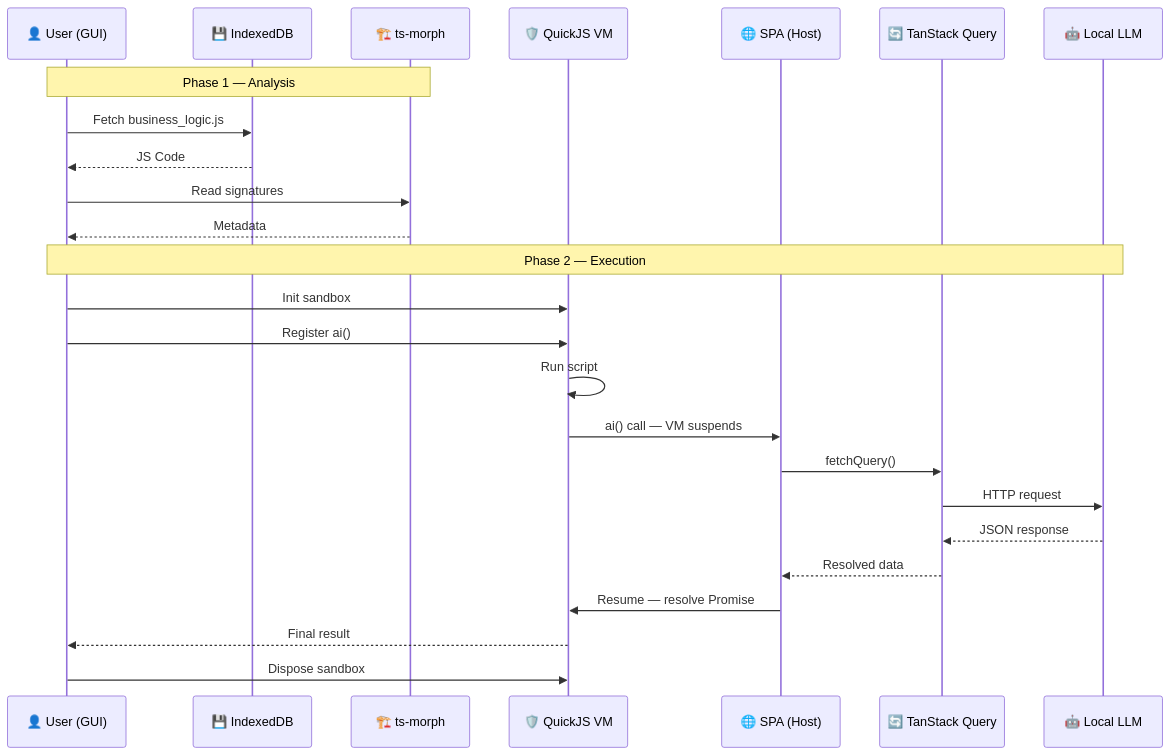
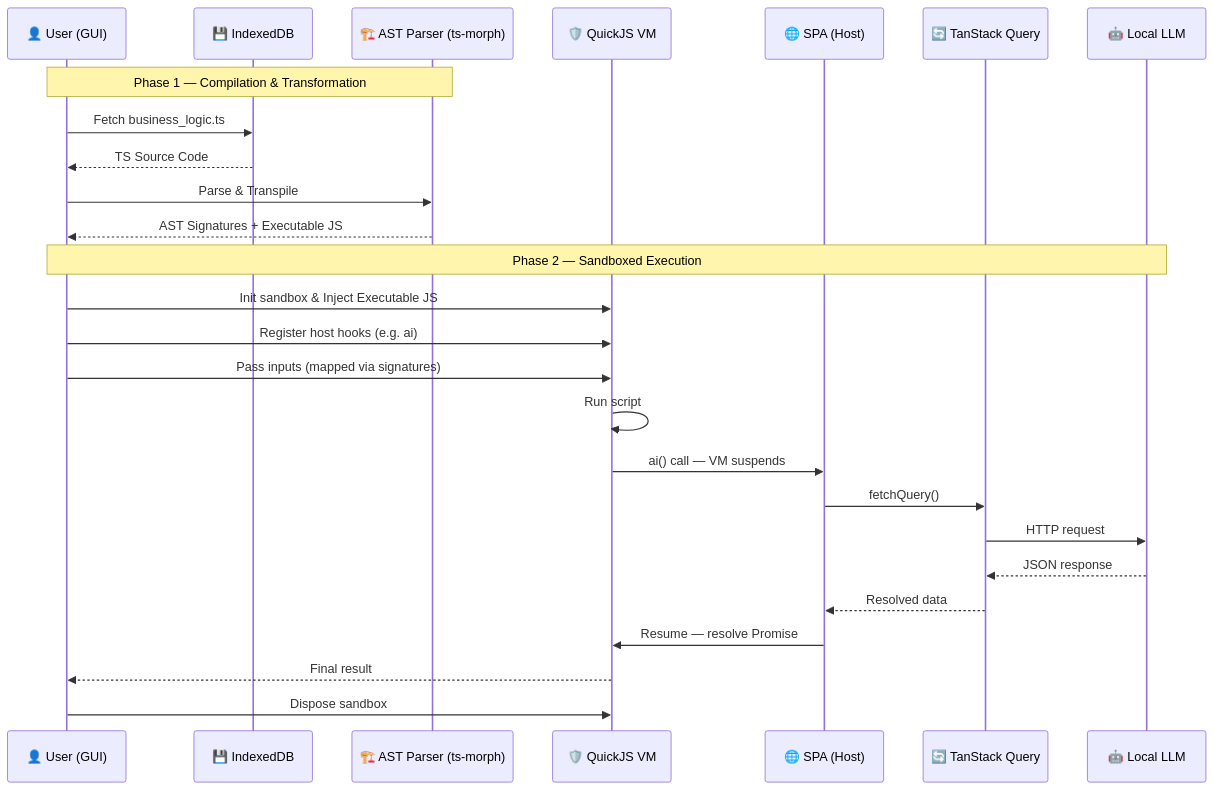
Before and after one commit to rimvydasb/open-modeler-ts: the first of 3 diagrams in docs/ARCHITECTURE.md, drawn with Mermaid. The commit also changed other lines of this file and 1 other file, not shown here.

Commit message:
refactor architecture documentation: clarify compilation and execution phases with updated diagrams and descriptions

````diff
--- a/docs/ARCHITECTURE.md
+++ b/docs/ARCHITECTURE.md
@@ -45,27 +45,28 @@
 ```mermaid
 sequenceDiagram
     participant User as 👤 User (GUI)
     participant IDB as 💾 IndexedDB
-    participant TSM as 🏗️ ts-morph
+    participant AST as 🏗️ AST Parser (ts-morph)
     participant QJS as 🛡️ QuickJS VM
     participant SPA as 🌐 SPA (Host)
     participant TSQ as 🔄 TanStack Query
     participant LLM as 🤖 Local LLM
-    Note over User, TSM: Phase 1 — Analysis
-    User ->> IDB: Fetch business_logic.js
-    IDB -->> User: JS Code
-    User ->> TSM: Read signatures
-    TSM -->> User: Metadata
-    Note over User, LLM: Phase 2 — Execution
-    User ->> QJS: Init sandbox
-    User ->> QJS: Register ai()
+    Note over User, AST: Phase 1 — Compilation & Transformation
+    User ->> IDB: Fetch business_logic.ts
+    IDB -->> User: TS Source Code
+    User ->> AST: Parse & Transpile
+    AST -->> User: AST Signatures + Executable JS
+    Note over User, LLM: Phase 2 — Sandboxed Execution
+    User ->> QJS: Init sandbox & Inject Executable JS
+    User ->> QJS: Register host hooks (e.g. ai)
+    User ->> QJS: Pass inputs (mapped via signatures)
     QJS ->> QJS: Run script
     QJS ->> SPA: ai() call — VM suspends
     SPA ->> TSQ: fetchQuery()
     TSQ ->> LLM: HTTP request
     LLM -->> TSQ: JSON response
     TSQ -->> SPA: Resolved data
     SPA ->> QJS: Resume — resolve Promise
     QJS -->> User: Final result
     User ->> QJS: Dispose sandbox
 ```
````
